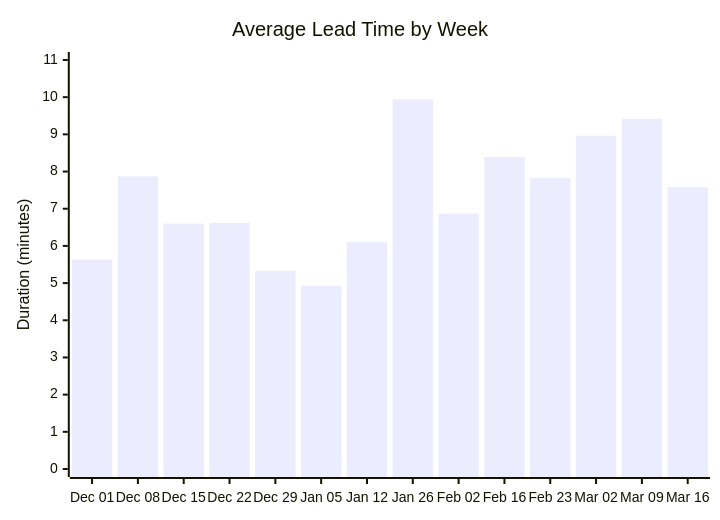
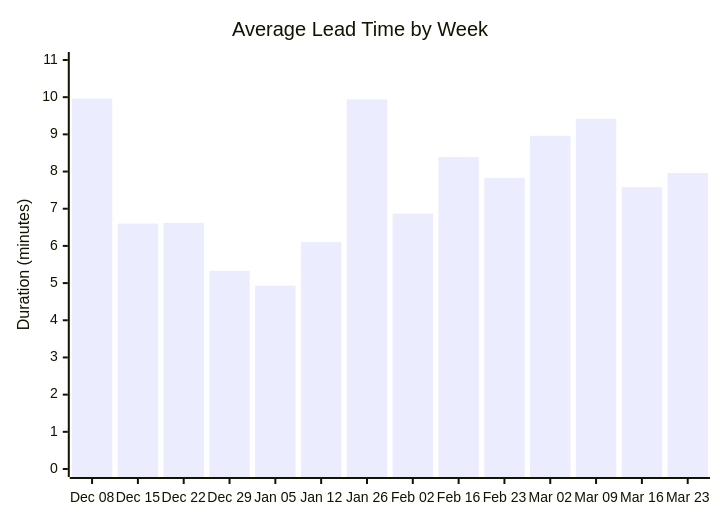
The second of 4 diagrams in docs/ci-cd/dora-summary.md (ukma-cs-ssdm-2025/rate-ukma), drawn with Mermaid before and after one commit. The commit also changed other lines of this file, not shown here.

````diff
--- a/docs/ci-cd/dora-summary.md
+++ b/docs/ci-cd/dora-summary.md
@@ -31,7 +30,7 @@
 ```mermaid
 xychart-beta
     title "Average Lead Time by Week"
-    x-axis ["Dec 01", "Dec 08", "Dec 15", "Dec 22", "Dec 29", "Jan 05", "Jan 12", "Jan 26", "Feb 02", "Feb 16", "Feb 23", "Mar 02", "Mar 09", "Mar 16"]
+    x-axis ["Dec 08", "Dec 15", "Dec 22", "Dec 29", "Jan 05", "Jan 12", "Jan 26", "Feb 02", "Feb 16", "Feb 23", "Mar 02", "Mar 09", "Mar 16", "Mar 23"]
     y-axis "Duration (minutes)" 0 --> 11
-    bar [5.63, 7.87, 6.60, 6.62, 5.33, 4.93, 6.10, 9.94, 6.87, 8.39, 7.83, 8.96, 9.42, 7.58]
+    bar [9.96, 6.60, 6.62, 5.33, 4.93, 6.10, 9.94, 6.87, 8.39, 7.83, 8.96, 9.42, 7.58, 7.96]
 ```
````
